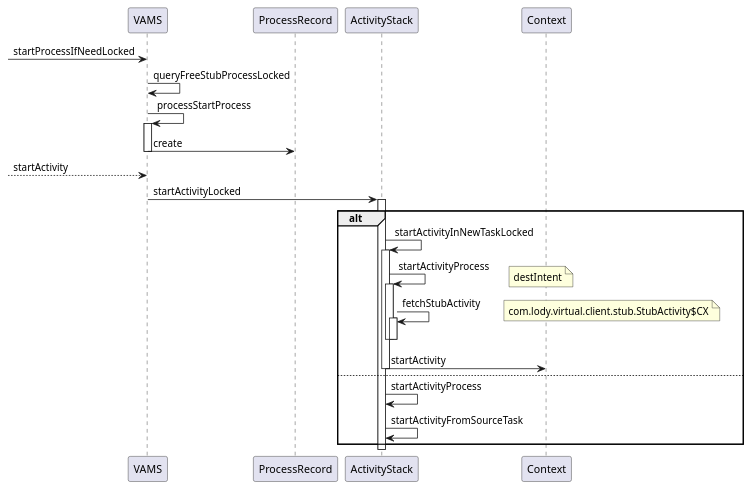
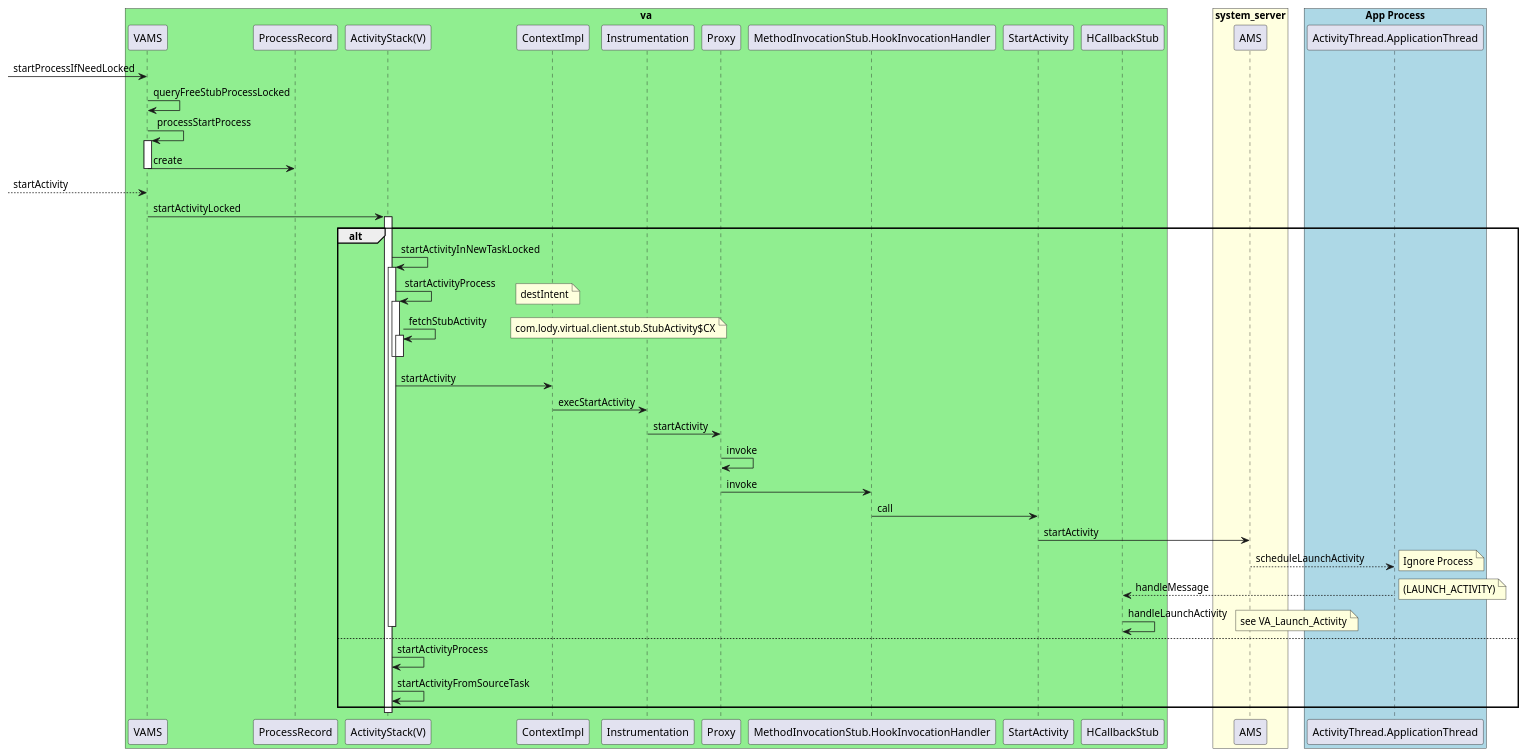
One commit to peggy109/VADoc changed the diagram in va_start_activity.puml. Above: the diagram before and after it, drawn with PlantUML. The commit also changed 2 other files, not shown here.

Commit message:
va_start_activity.puml,optimize

```diff
--- a/va_start_activity.puml
+++ b/va_start_activity.puml
@@ -1,29 +1,58 @@
 @startuml
+box "va" #LightGreen
+participant VAMS
+participant ProcessRecord
+participant "ActivityStack(V)" as VActivityStack
+participant ContextImpl
+participant Instrumentation
+participant Proxy
+participant MethodInvocationStub.HookInvocationHandler as HookInvocationHandler
+participant StartActivity
+participant HCallbackStub
+end box
+box "system_server" #LightYellow
+participant AMS
+end box
+box "App Process" #LightBlue
+participant  ActivityThread.ApplicationThread
+end box
 [-> VAMS : startProcessIfNeedLocked
 VAMS -> VAMS : queryFreeStubProcessLocked
 VAMS -> VAMS : processStartProcess
 activate VAMS
     VAMS -> ProcessRecord : create
 deactivate VAMS
 [--->VAMS : startActivity
-VAMS -> ActivityStack : startActivityLocked
-activate ActivityStack
+VAMS -> VActivityStack : startActivityLocked
+activate VActivityStack
 alt
-    ActivityStack ->ActivityStack : startActivityInNewTaskLocked
-    activate ActivityStack
-        ActivityStack -> ActivityStack : startActivityProcess
+    VActivityStack ->VActivityStack : startActivityInNewTaskLocked
+    activate VActivityStack
+        VActivityStack -> VActivityStack : startActivityProcess
         note right : destIntent
-        activate ActivityStack
-            ActivityStack -> ActivityStack : fetchStubActivity
-            activate ActivityStack
+        activate VActivityStack
+            VActivityStack -> VActivityStack : fetchStubActivity
+            activate VActivityStack
             note right : com.lody.virtual.client.stub.StubActivity$CX
-            deactivate ActivityStack
-        deactivate ActivityStack
-        ActivityStack -> Context : startActivity
-    deactivate ActivityStack
+            deactivate VActivityStack
+        deactivate VActivityStack
+        VActivityStack -> ContextImpl : startActivity
+        ContextImpl -> Instrumentation : execStartActivity
+        Instrumentation -> Proxy : startActivity
+        Proxy -> Proxy : invoke
+        Proxy -> HookInvocationHandler : invoke
+        HookInvocationHandler -> StartActivity : call
+        StartActivity -> AMS : startActivity
+        AMS --> ActivityThread.ApplicationThread : scheduleLaunchActivity
+        note right : Ignore Process
+        ActivityThread.ApplicationThread ---> HCallbackStub : handleMessage
+        note right : (LAUNCH_ACTIVITY)
+        HCallbackStub -> HCallbackStub : handleLaunchActivity
+        note right: see VA_Launch_Activity
+    deactivate VActivityStack
 else
-    ActivityStack ->ActivityStack : startActivityProcess
-    ActivityStack ->ActivityStack : startActivityFromSourceTask
+    VActivityStack ->VActivityStack : startActivityProcess
+    VActivityStack ->VActivityStack : startActivityFromSourceTask
 end
-deactivate ActivityStack
+deactivate VActivityStack
 @enduml
```
